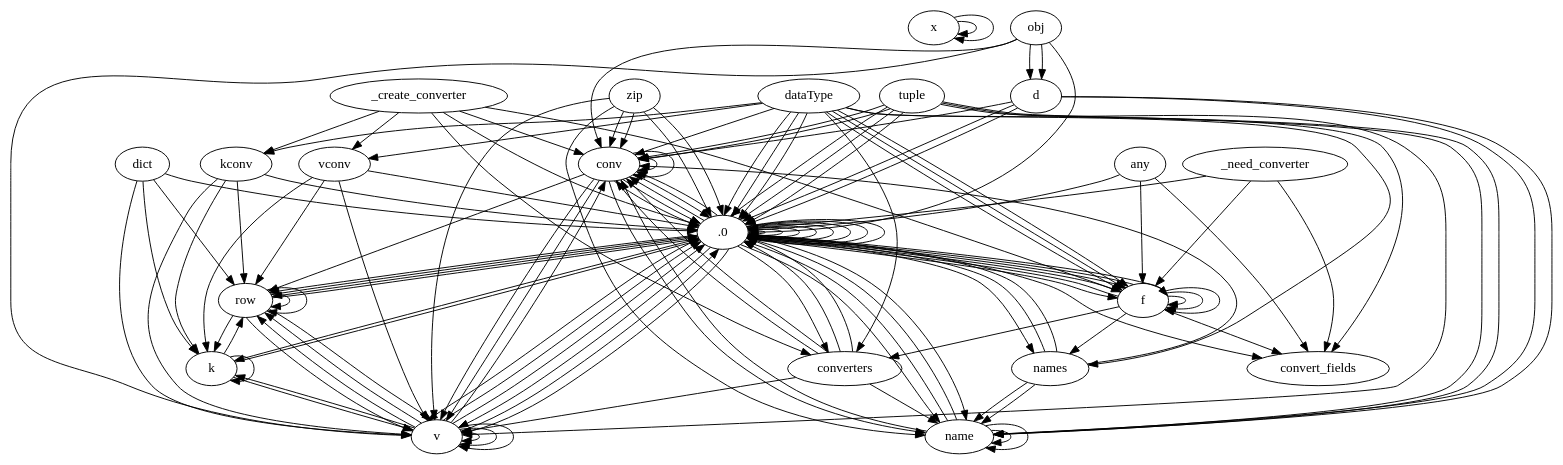
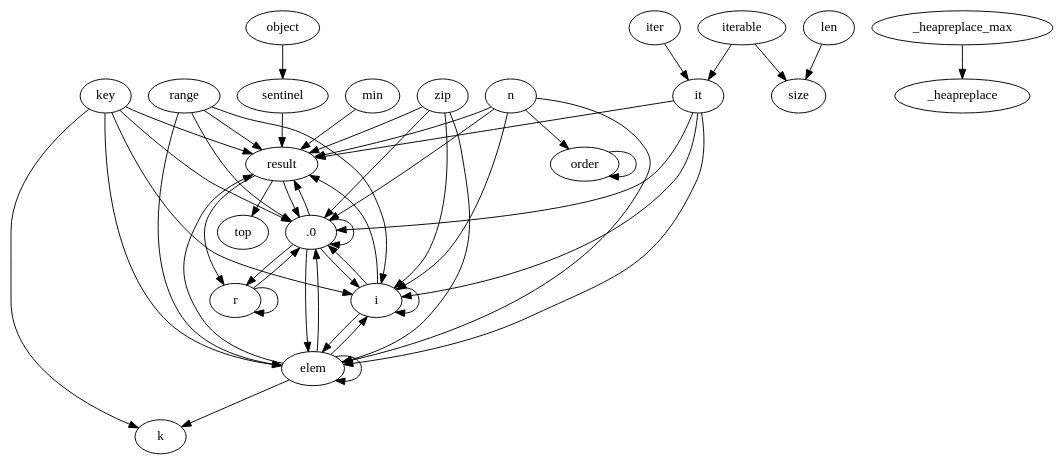
One commit to payalmantri/CS598-ML4SE-codeql changed the diagram in post-processing/dataset/python/outputs/python_dfg_8.dot. Above: the diagram before and after it, drawn with Graphviz. The commit also changed 133 other files, not shown here.

```diff
--- a/post-processing/dataset/python/outputs/python_dfg_8.dot
+++ b/post-processing/dataset/python/outputs/python_dfg_8.dot
@@ -1,142 +1,103 @@
-digraph {x->x
-dataType->conv
-_create_converter->conv
-.0->row
-v->row
-row->row
-conv->row
+strict digraph {iter->it
+iterable->it
+object->sentinel
+min->result
+it->result
+sentinel->result
+min->result
+it->result
+sentinel->result
+key->result
+len->size
+iterable->size
+iter->it
+iterable->it
 .0->.0
-row->.0
-v->.0
-conv->.0
-.0->v
-v->v
-row->v
-conv->v
-dataType->kconv
-_create_converter->kconv
-dataType->vconv
-_create_converter->vconv
-.0->row
-v->row
-row->row
-dict->row
-k->row
-kconv->row
-vconv->row
+range->.0
+i->.0
+zip->.0
+it->.0
+n->.0
+elem->.0
+range->i
+.0->i
+i->i
+zip->i
+it->i
+n->i
+elem->i
+range->elem
+zip->elem
+.0->elem
+i->elem
+it->elem
+n->elem
+elem->elem
+it->result
+range->result
+zip->result
+.0->result
+i->result
+n->result
+elem->result
+result->top
+n->order
+_heapreplace_max->_heapreplace
+it->elem
+result->top
+order->order
 .0->.0
-row->.0
-v->.0
-dict->.0
-k->.0
-kconv->.0
-vconv->.0
-dict->k
-.0->k
-v->k
-k->k
-row->k
-kconv->k
-vconv->k
-.0->v
-v->v
-row->v
-dict->v
-k->v
-kconv->v
-vconv->v
-x->x
+result->.0
+r->.0
+.0->r
+result->r
+r->r
+iter->it
+iterable->it
 .0->.0
-f->.0
-dataType->.0
-f->f
-.0->f
-dataType->f
-.0->names
-f->names
-dataType->names
+range->.0
+i->.0
+zip->.0
+it->.0
+n->.0
+elem->.0
+key->.0
+range->i
+.0->i
+i->i
+zip->i
+it->i
+n->i
+elem->i
+key->i
+range->elem
+zip->elem
+.0->elem
+i->elem
+it->elem
+n->elem
+elem->elem
+key->elem
+it->result
+key->result
+range->result
+zip->result
+.0->result
+i->result
+n->result
+elem->result
+result->top
+n->order
+_heapreplace_max->_heapreplace
+it->elem
+key->k
+elem->k
+result->top
+order->order
 .0->.0
-f->.0
-dataType->.0
-_create_converter->.0
-f->f
-.0->f
-dataType->f
-_create_converter->f
-f->converters
-.0->converters
-dataType->converters
-_create_converter->converters
-.0->.0
-any->.0
-f->.0
-dataType->.0
-_need_converter->.0
-any->f
-f->f
-.0->f
-dataType->f
-_need_converter->f
-any->convert_fields
-f->convert_fields
-.0->convert_fields
-dataType->convert_fields
-_need_converter->convert_fields
-.0->.0
-v->.0
-conv->.0
-zip->.0
-tuple->.0
-obj->.0
-converters->.0
-.0->v
-v->v
-conv->v
-obj->v
-tuple->v
-zip->v
-converters->v
-tuple->conv
-obj->conv
-zip->conv
-.0->conv
-v->conv
-conv->conv
-converters->conv
-obj->d
-obj->d
-.0->.0
-conv->.0
-zip->.0
-names->.0
-tuple->.0
-converters->.0
-name->.0
-d->.0
-name->name
-tuple->name
-zip->name
-.0->name
-names->name
-conv->name
-converters->name
-d->name
-tuple->conv
-zip->conv
-.0->conv
-conv->conv
-converters->conv
-name->conv
-names->conv
-d->conv
-.0->.0
-names->.0
-tuple->.0
-name->.0
-d->.0
-name->name
-tuple->name
-.0->name
-names->name
-d->name
+result->.0
+r->.0
+.0->r
+result->r
+r->r
 }
```
